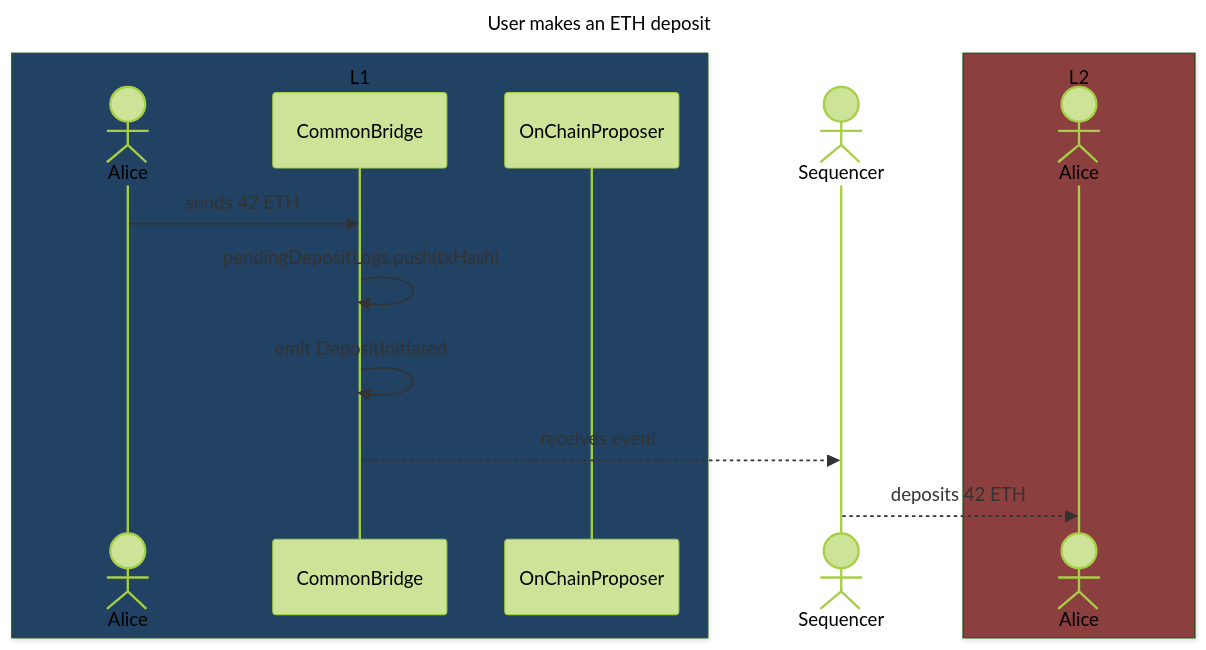
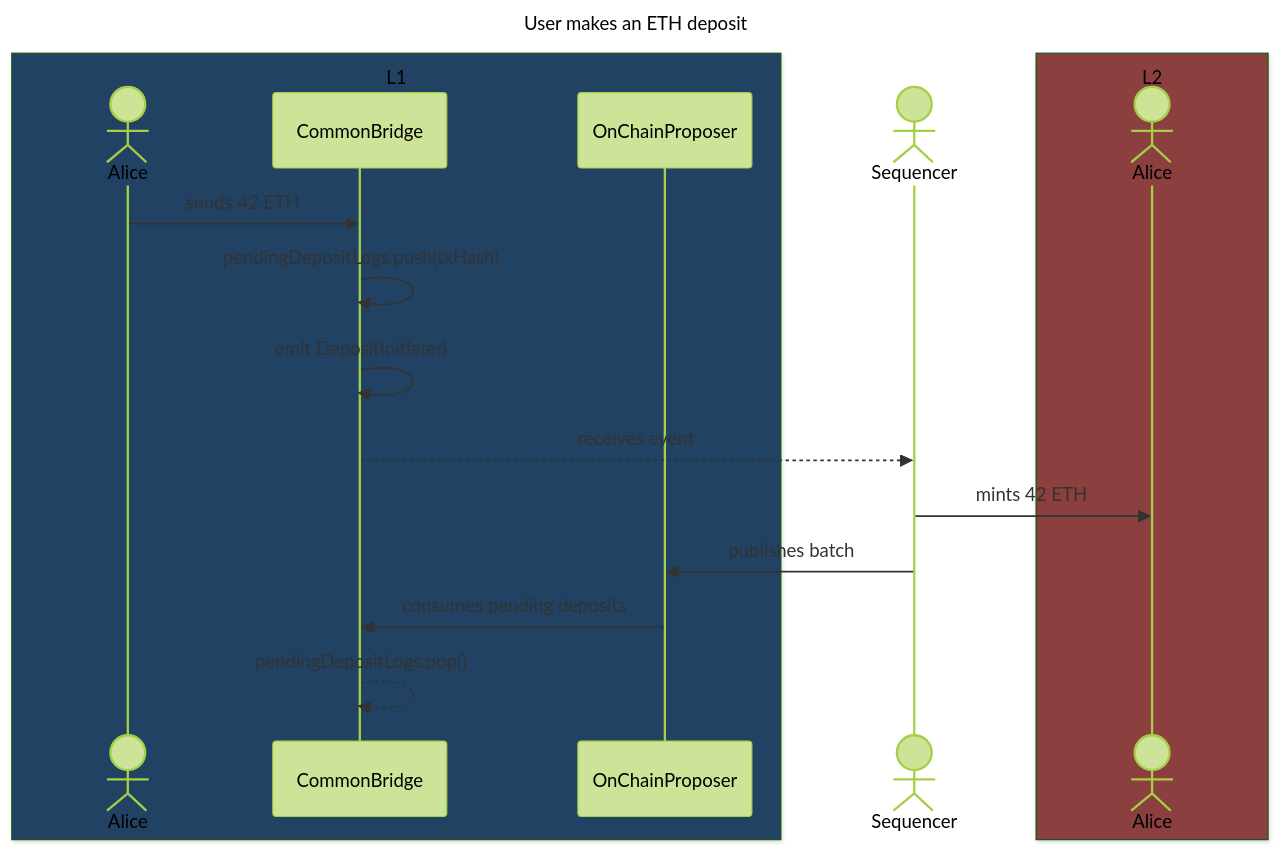
Before and after one commit to lambdaclass/ethrex: the first of 2 diagrams in docs/l2/deposits.md, drawn with Mermaid (forest theme). The commit also changed other lines of this file, not shown here.

Commit message:
docs(l2): update deposit diagrams with second L1 part

````diff
--- a/docs/l2/deposits.md
+++ b/docs/l2/deposits.md
@@ -52,24 +52,28 @@
 ```mermaid
 ---
 title: User makes an ETH deposit
 ---
 sequenceDiagram
     box rgb(33,66,99) L1
         actor L1Alice as Alice
         participant CommonBridge
         participant OnChainProposer
     end
 
     actor Sequencer
 
     box rgb(139, 63, 63) L2
         actor L2Alice as Alice
     end
 
     L1Alice->>CommonBridge: sends 42 ETH
     CommonBridge->>CommonBridge: pendingDepositLogs.push(txHash)
     CommonBridge->>CommonBridge: emit DepositInitiated
 
     CommonBridge-->>Sequencer: receives event
-    Sequencer-->>L2Alice: deposits 42 ETH
+    Sequencer->>L2Alice: mints 42 ETH
+
+    Sequencer->>OnChainProposer: publishes batch
+    OnChainProposer->>CommonBridge: consumes pending deposits
+    CommonBridge-->>CommonBridge: pendingDepositLogs.pop()
 ```
````
